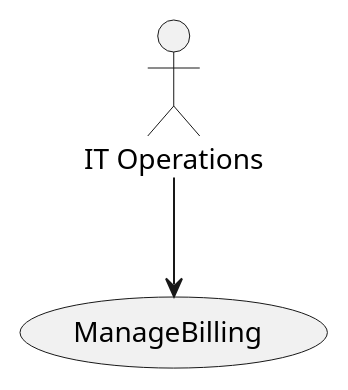
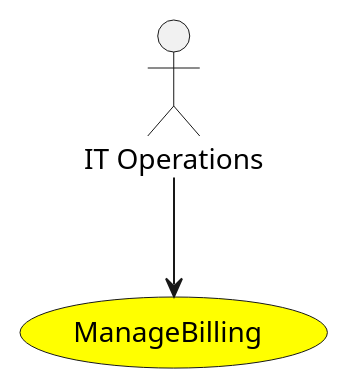
Before and after one commit to madajaju/edgemere: the diagram in docs/edgemere/sml/cb/usecases/managebilling/activities.puml, drawn with PlantUML. The commit also changed 1701 other files, not shown here.

```diff
--- a/docs/edgemere/sml/cb/usecases/managebilling/activities.puml
+++ b/docs/edgemere/sml/cb/usecases/managebilling/activities.puml
@@ -1,12 +1,20 @@
 @startuml
 
 
-usecase "ManageBilling" as ManageBilling
+usecase "ManageBilling" as ManageBilling #yellow
 
 Actor "IT Operations" as ITOperations
 
 ITOperations --> ManageBilling
 
 
 
+
+
+
+
+
+
+
+
 @enduml
```
